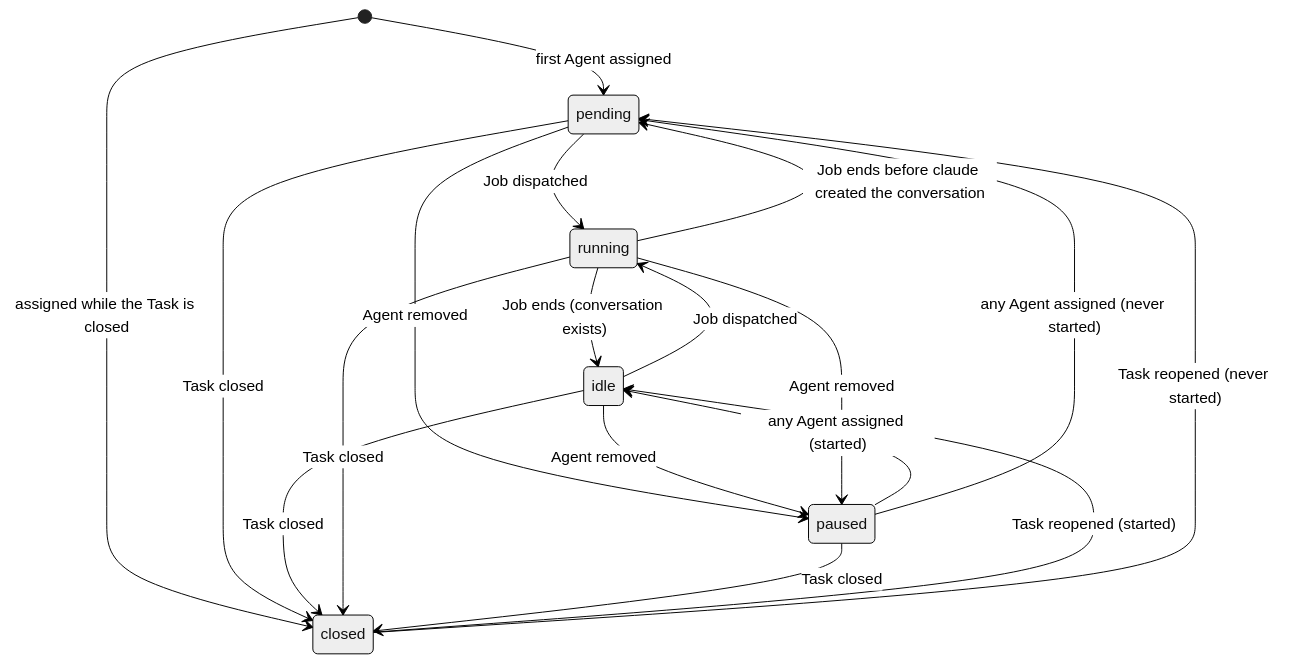
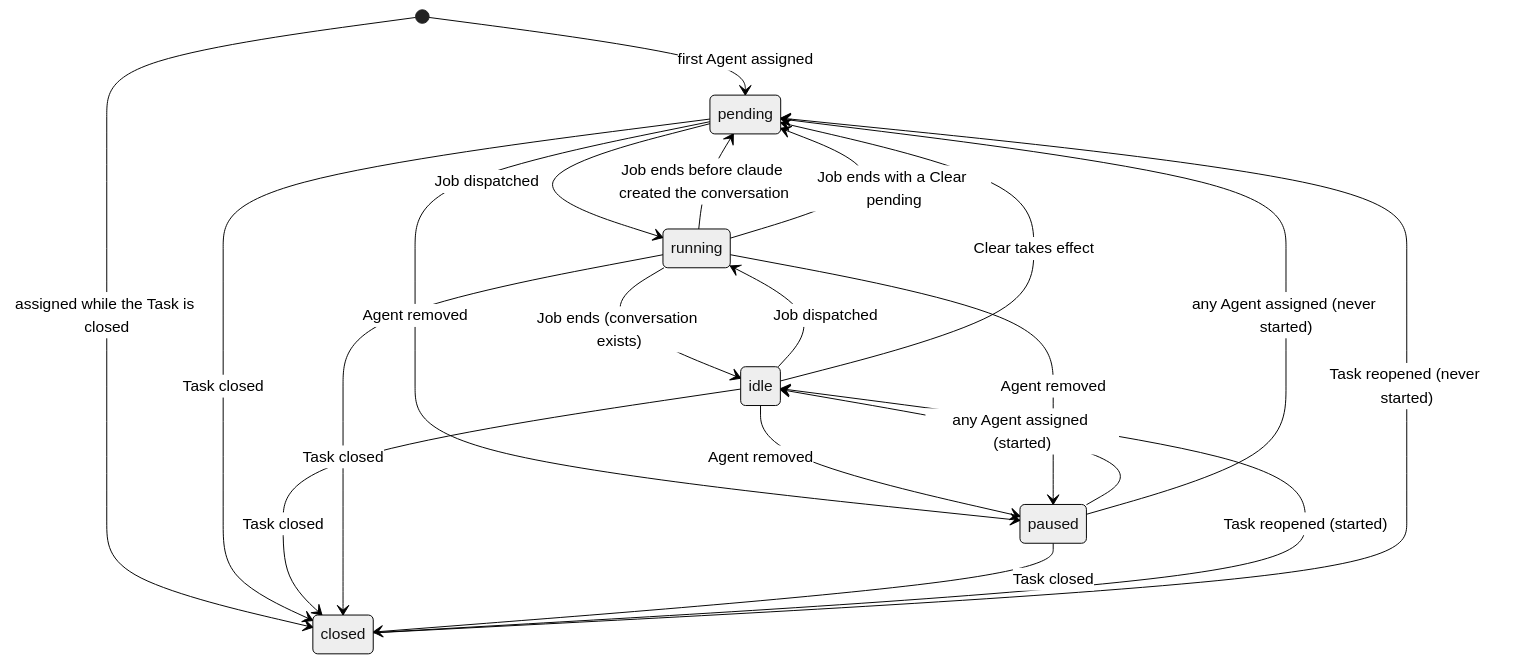
One commit to mceck/claude-task changed the second of 5 diagrams in docs/specs/agent-sessions.md. Above: the diagram before and after it, drawn with Mermaid (neutral theme). The commit also changed other lines of this file and 5 other files, not shown here.

````diff
--- a/docs/specs/agent-sessions.md
+++ b/docs/specs/agent-sessions.md
@@ -65,20 +66,22 @@
 ```mermaid
 stateDiagram-v2
   [*] --> pending: first Agent assigned
   [*] --> closed: assigned while the Task is closed
   pending --> running: Job dispatched
   idle --> running: Job dispatched
   running --> idle: Job ends (conversation exists)
   running --> pending: Job ends before claude created the conversation
+  idle --> pending: Clear takes effect
+  running --> pending: Job ends with a Clear pending
   pending --> paused: Agent removed
   idle --> paused: Agent removed
   running --> paused: Agent removed
   paused --> idle: any Agent assigned (started)
   paused --> pending: any Agent assigned (never started)
   pending --> closed: Task closed
   idle --> closed: Task closed
   running --> closed: Task closed
   paused --> closed: Task closed
   closed --> idle: Task reopened (started)
   closed --> pending: Task reopened (never started)
 ```
````
